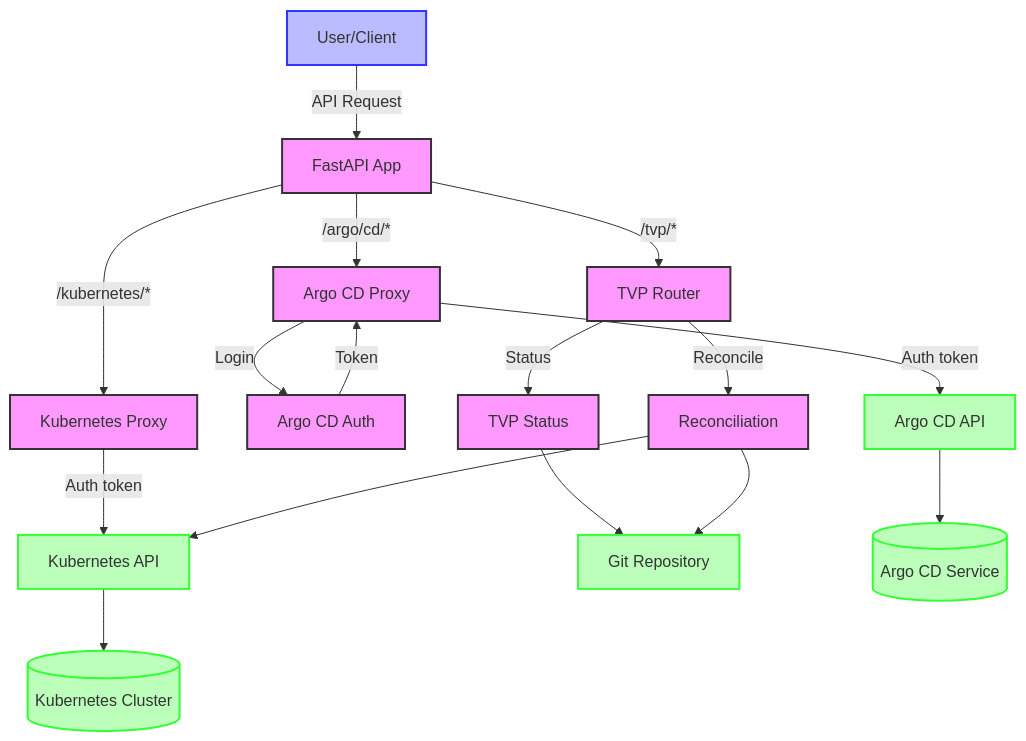
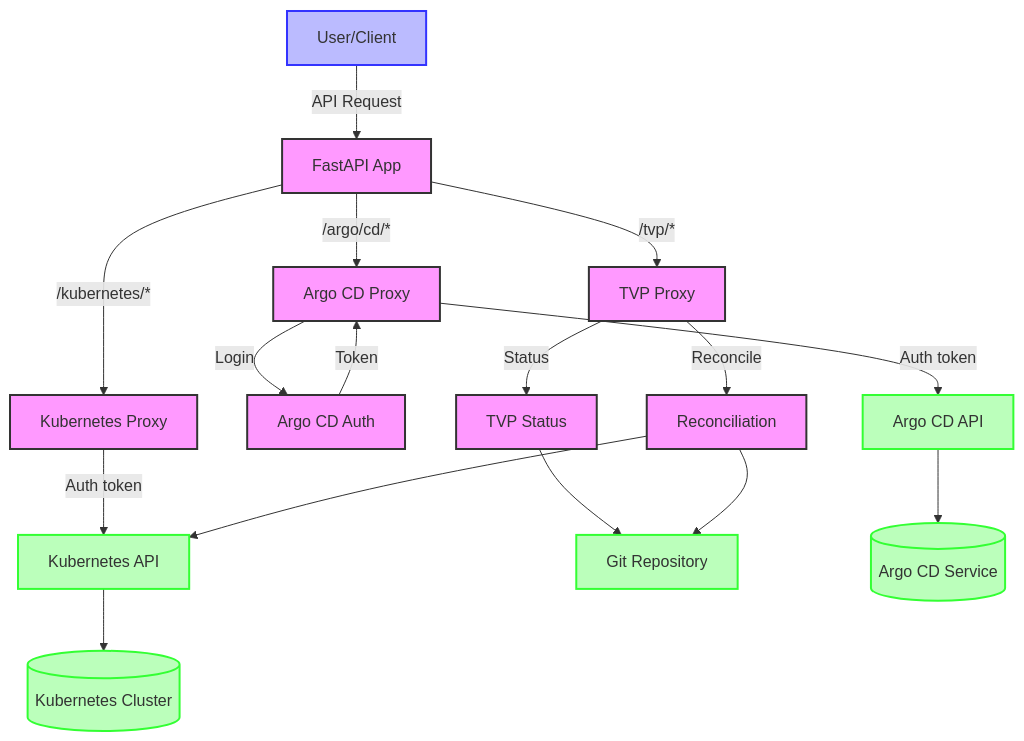
One commit to lloydchang/tvp-k8s changed the diagram in fastapi/mermaid/data-flow-diagram.mermaid. Above: the diagram before and after it, drawn with Mermaid. The commit also changed 11 other files, not shown here.

```diff
--- a/fastapi/mermaid/data-flow-diagram.mermaid
+++ b/fastapi/mermaid/data-flow-diagram.mermaid
@@ -1,29 +1,29 @@
 flowchart TD
     User[User/Client] -->|API Request| API[FastAPI App]
     
     API -->|/kubernetes/*| KP[Kubernetes Proxy]
     API -->|/argo/cd/*| AP[Argo CD Proxy]
-    API -->|/tvp/*| TVP[TVP Router]
+    API -->|/tvp/*| TVP[TVP Proxy]
     
     KP -->|Auth token| KA[Kubernetes API]
     AP -->|Login| Auth[Argo CD Auth]
     Auth -->|Token| AP
     AP -->|Auth token| AA[Argo CD API]
     
     TVP -->|Status| TS[TVP Status]
     TVP -->|Reconcile| R[Reconciliation]
     
     TS --> Git[Git Repository]
     R --> Git
     R --> KA
     
     KA --> Kubernetes[(Kubernetes Cluster)]
     AA --> ArgoCD[(Argo CD Service)]
     
     classDef user fill:#bbf,stroke:#33f,stroke-width:2px
     classDef app fill:#f9f,stroke:#333,stroke-width:2px
     classDef external fill:#bfb,stroke:#3f3,stroke-width:2px
     
     class User user
     class API,KP,AP,TVP,TS,R,Auth app
     class Kubernetes,ArgoCD,Git,KA,AA external
```
